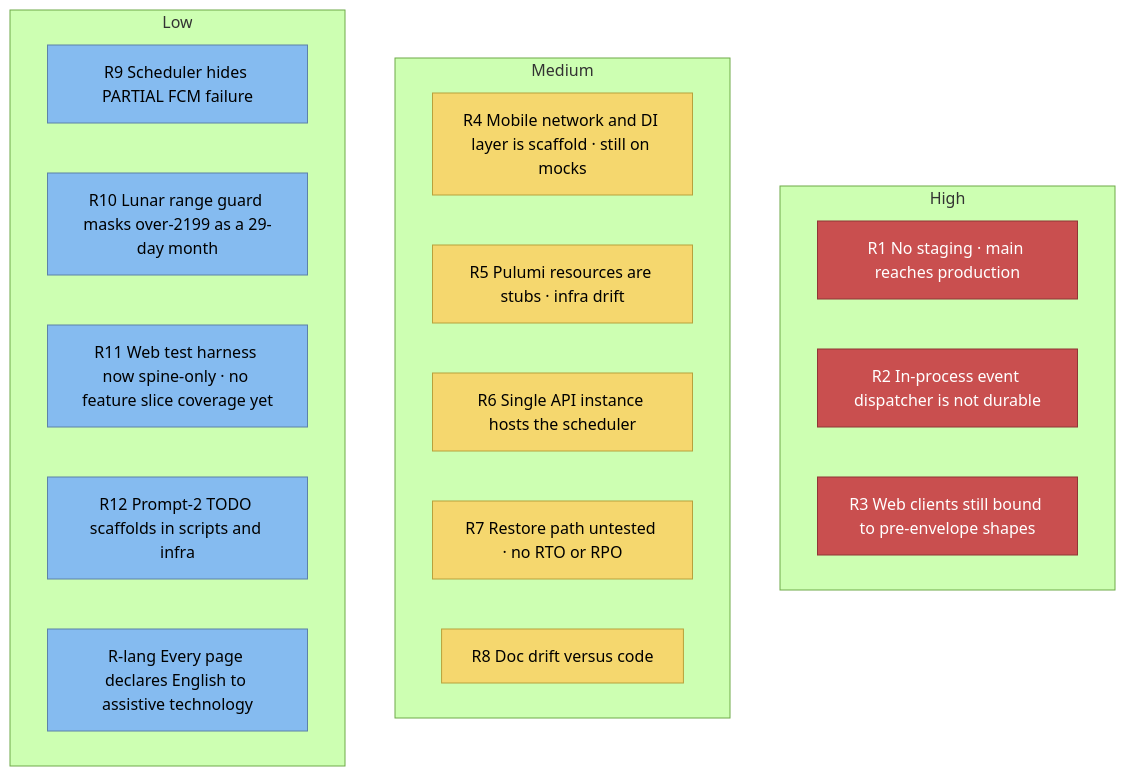
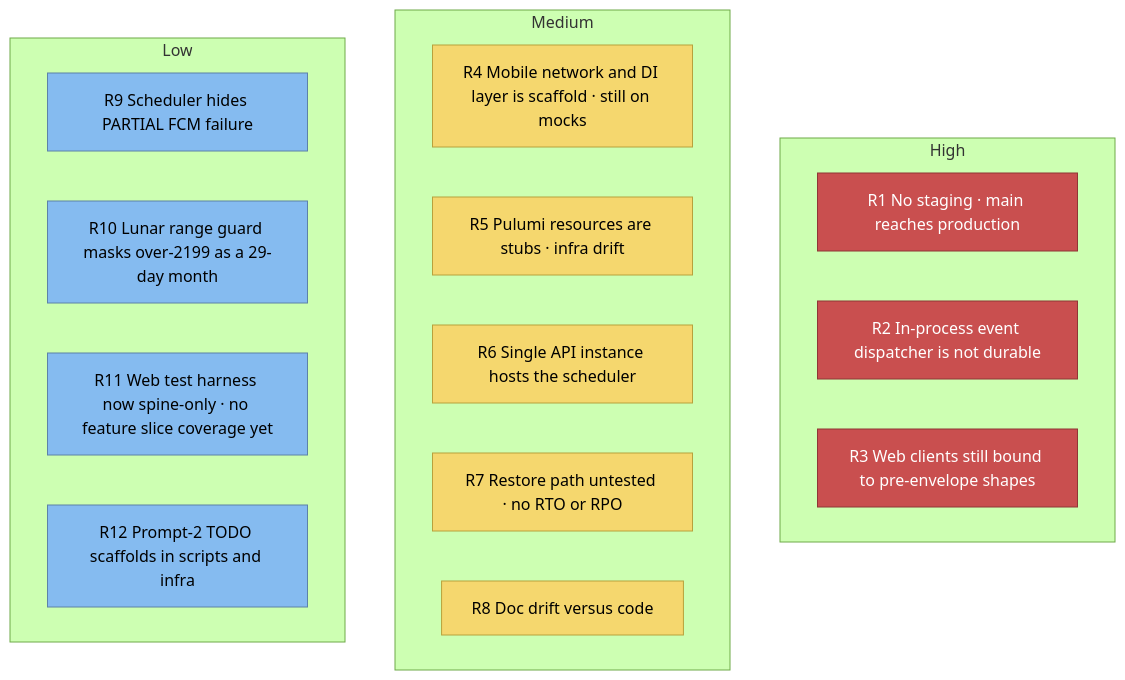
The diagram in docs/sad/11-risks-and-technical-debt.md (namphuongtran/familyroots), drawn with Mermaid (forest theme) before and after one commit. The commit also changed other lines of this file and 5 other files, not shown here.

````diff
--- a/docs/sad/11-risks-and-technical-debt.md
+++ b/docs/sad/11-risks-and-technical-debt.md
@@ -5,28 +5,27 @@
 ```mermaid
 graph TB
   subgraph high[High]
     h1[R1 No staging · main reaches production]:::bad
     h2[R2 In-process event dispatcher is not durable]:::bad
     h3[R3 Web clients still bound to pre-envelope shapes]:::bad
   end
 
   subgraph medium[Medium]
     m1[R4 Mobile network and DI layer is scaffold · still on mocks]:::dec
     m2[R5 Pulumi resources are stubs · infra drift]:::dec
     m3[R6 Single API instance hosts the scheduler]:::dec
     m4[R7 Restore path untested · no RTO or RPO]:::dec
     m5[R8 Doc drift versus code]:::dec
   end
 
   subgraph low[Low]
     l1[R9 Scheduler hides PARTIAL FCM failure]:::comp
     l2[R10 Lunar range guard masks over-2199 as a 29-day month]:::comp
     l3[R11 Web test harness now spine-only · no feature slice coverage yet]:::comp
     l4[R12 Prompt-2 TODO scaffolds in scripts and infra]:::comp
-    l5[R-lang Every page declares English to assistive technology]:::comp
   end
 
   classDef comp fill:#85bbf0,stroke:#5d82a8,color:#000000
   classDef dec fill:#f5d76e,stroke:#b8a13c,color:#000000
   classDef bad fill:#c94f4f,stroke:#8f3636,color:#ffffff
 ```
````
